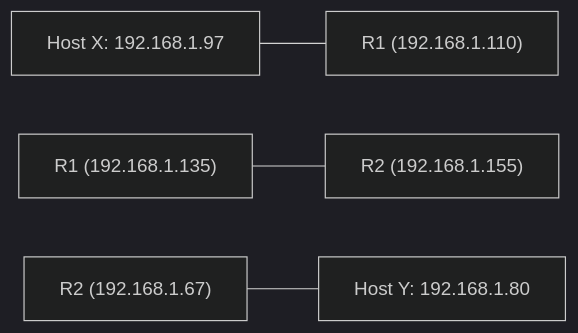
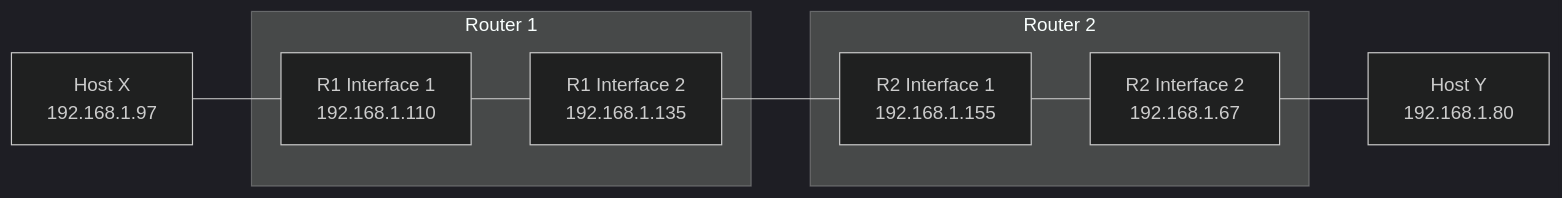
One commit to skc-coder/notevault changed the diagram in notes/Routing - Interface and Subnet Invariants.md. Above: the diagram before and after it, drawn with Mermaid (dark theme). The commit also changed other lines of this file and 178 other files, not shown here.

````diff
--- a/notes/Routing - Interface and Subnet Invariants.md
+++ b/notes/Routing - Interface and Subnet Invariants.md
@@ -6,6 +14,12 @@
 ```mermaid
 flowchart LR
-    HostX["Host X: 192.168.1.97"] --- R1_Int1["R1 (192.168.1.110)"]
-    R1_Int2["R1 (192.168.1.135)"] --- R2_Int1["R2 (192.168.1.155)"]
-    R2_Int2["R2 (192.168.1.67)"] --- HostY["Host Y: 192.168.1.80"]
+    HostX["Host X<br/>192.168.1.97"] --- R1_Int1["R1 Interface 1<br/>192.168.1.110"]
+    subgraph R1 ["Router 1"]
+        R1_Int1 --- R1_Int2["R1 Interface 2<br/>192.168.1.135"]
+    end
+    R1_Int2 --- R2_Int1["R2 Interface 1<br/>192.168.1.155"]
+    subgraph R2 ["Router 2"]
+        R2_Int1 --- R2_Int2["R2 Interface 2<br/>192.168.1.67"]
+    end
+    R2_Int2 --- HostY["Host Y<br/>192.168.1.80"]
 ```
````
